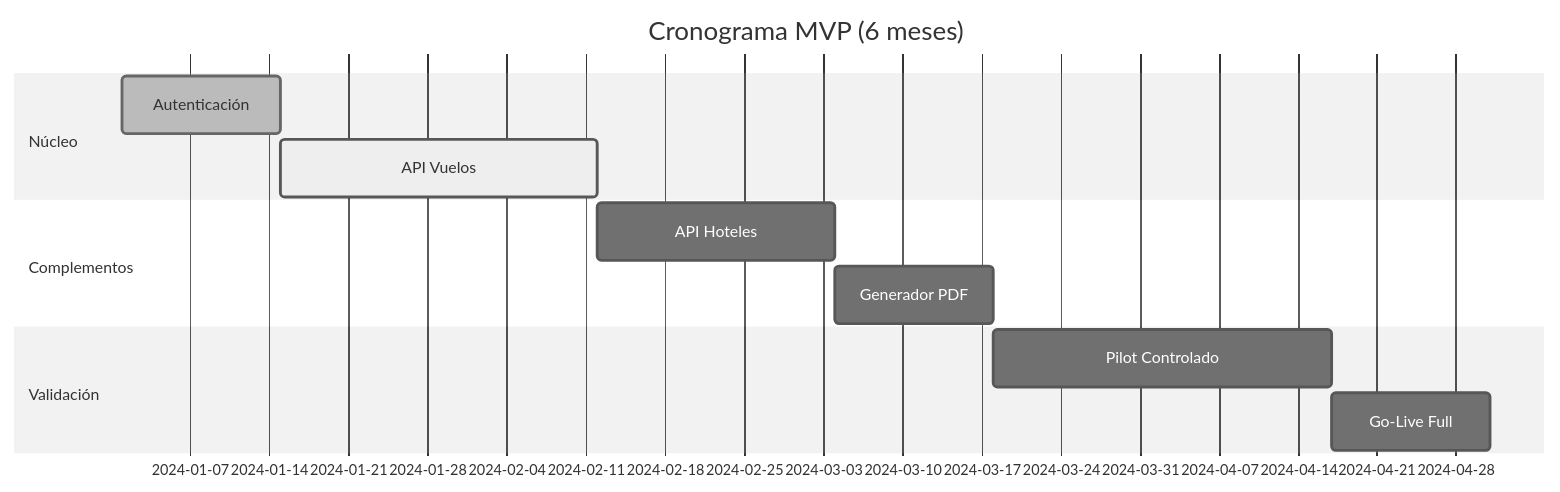
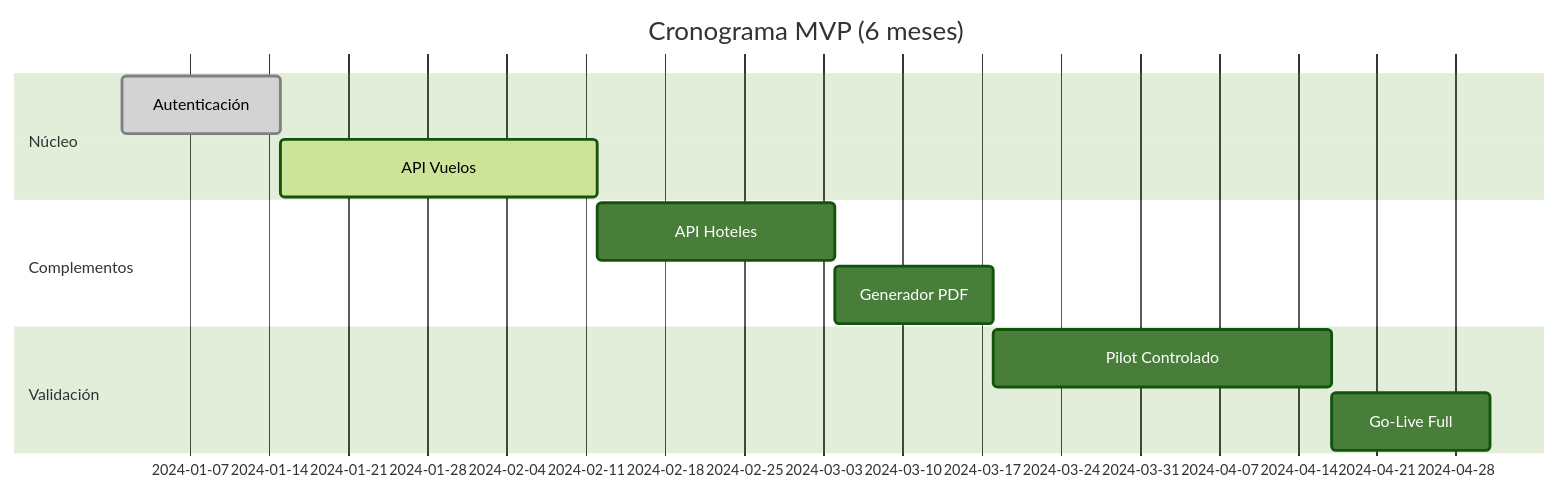
One commit to MarcoCenturion/Linux changed the first of 6 diagrams in DeepSeek_Django.md. Above: the diagram before and after it, drawn with Mermaid. The commit also changed other lines of this file, not shown here.

````diff
--- a/DeepSeek_Django.md
+++ b/DeepSeek_Django.md
@@ -36,16 +37,15 @@
 ```mermaid
-
-%%{init: {'theme': 'neutral', 'fontFamily': 'Arial', 'gantt': {'barHeight': 40}}}%%
+%%{init: {'theme': 'forest', 'fontFamily': 'Arial', 'gantt': {'barHeight': 40}}}%%
 gantt
     title Cronograma MVP (6 meses)
     dateFormat  YY-MM-DD
     section Núcleo
     Autenticación : done, auth, 24-01-01, 14d
     API Vuelos : active, vuelos, 24-01-15, 28d
     section Complementos
     API Hoteles : hoteles, 24-02-12, 21d
     Generador PDF : pdf, 24-03-04, 14d
     section Validación
     Pilot Controlado : pilot, 24-03-18, 30d
     Go-Live Full : golive, 24-04-17, 14d
 ```
````
